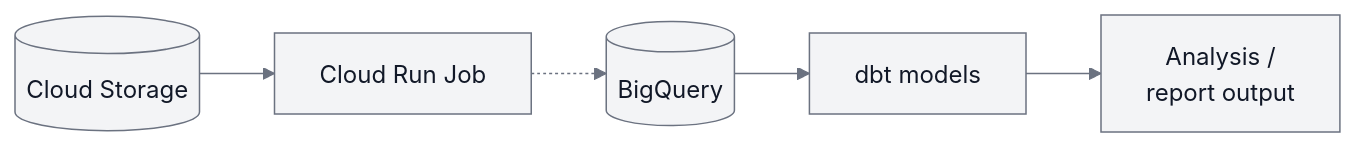
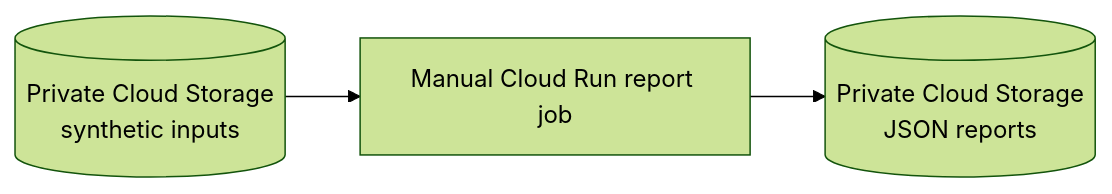
One commit to mifuha/runwx changed the second of 2 diagrams in docs/architecture.md. Above: the diagram before and after it, drawn with Mermaid (forest theme). The commit also changed other lines of this file and 5 other files, not shown here.

````diff
--- a/docs/architecture.md
+++ b/docs/architecture.md
@@ -29,11 +105,5 @@
 ```mermaid
 flowchart LR
-    storage[("Cloud Storage")] --> job["Cloud Run Job"]
-    job -.-> warehouse[("BigQuery")]
-    warehouse --> models["dbt models"]
-    models --> output["Analysis /<br/>report output"]
-
-    classDef current fill:#f3f4f6,stroke:#6b7280,color:#111827
-    class storage,job,warehouse,models,output current
-    linkStyle default stroke:#6b7280
+    inputs[("Private Cloud Storage<br/>synthetic inputs")] --> job["Manual Cloud Run report job"]
+    job --> reports[("Private Cloud Storage<br/>JSON reports")]
 ```
````
